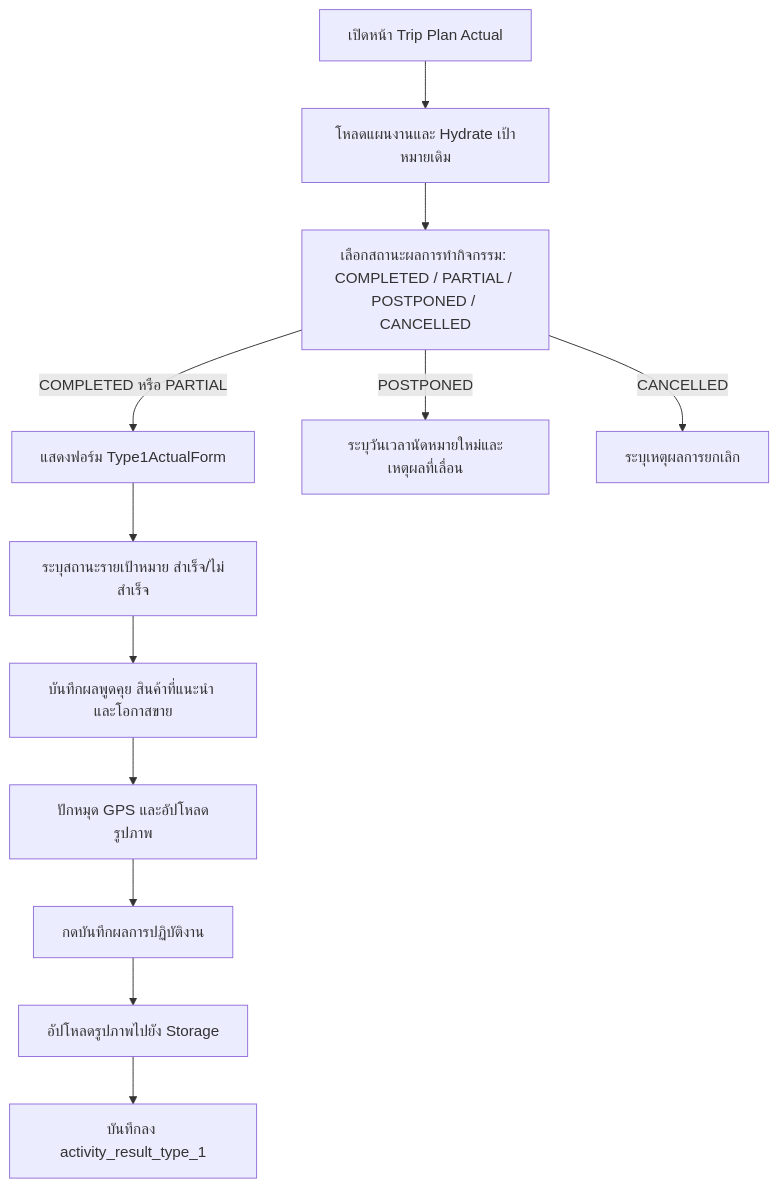
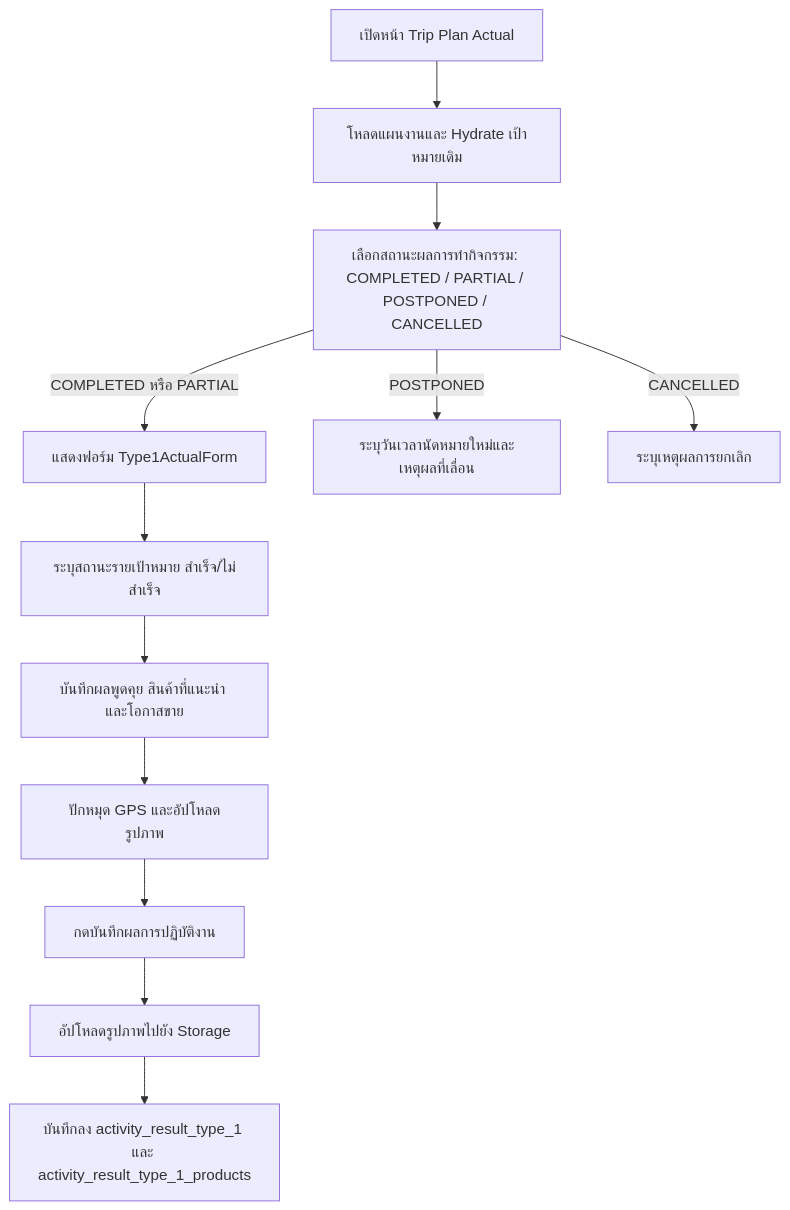
Before and after one commit to bankhk10/crm-bank: the second of 3 diagrams in modules/activity/features/type-1/README.md, drawn with Mermaid. The commit also changed other lines of this file, not shown here.

````diff
--- a/modules/activity/features/type-1/README.md
+++ b/modules/activity/features/type-1/README.md
@@ -52,14 +53,14 @@
 ```mermaid
 graph TD
     A[เปิดหน้า Trip Plan Actual] --> B[โหลดแผนงานและ Hydrate เป้าหมายเดิม]
     B --> C[เลือกสถานะผลการทำกิจกรรม: COMPLETED / PARTIAL / POSTPONED / CANCELLED]
     C -->|COMPLETED หรือ PARTIAL| D[แสดงฟอร์ม Type1ActualForm]
     D --> E[ระบุสถานะรายเป้าหมาย สำเร็จ/ไม่สำเร็จ]
     E --> F[บันทึกผลพูดคุย สินค้าที่แนะนำ และโอกาสขาย]
     F --> G[ปักหมุด GPS และอัปโหลดรูปภาพ]
     G --> H[กดบันทึกผลการปฏิบัติงาน]
     H --> I[อัปโหลดรูปภาพไปยัง Storage]
-    I --> J[บันทึกลง activity_result_type_1]
+    I --> J[บันทึกลง activity_result_type_1 และ activity_result_type_1_products]
     C -->|POSTPONED| K[ระบุวันเวลานัดหมายใหม่และเหตุผลที่เลื่อน]
     C -->|CANCELLED| L[ระบุเหตุผลการยกเลิก]
 ```
````
